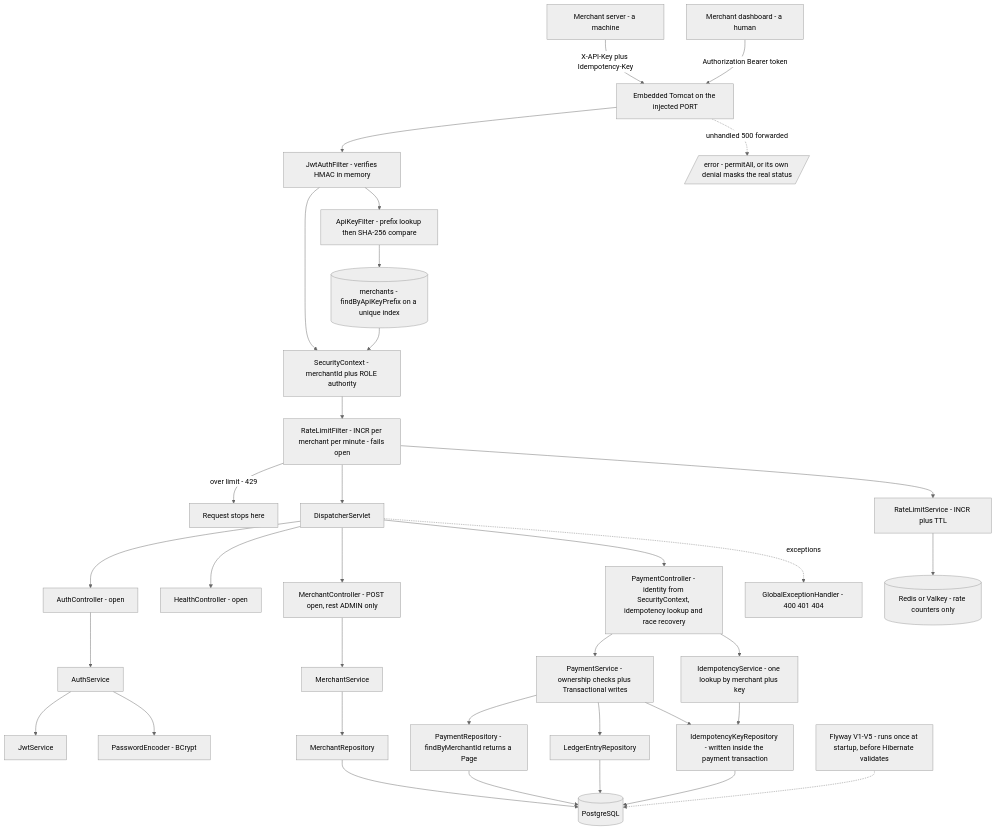
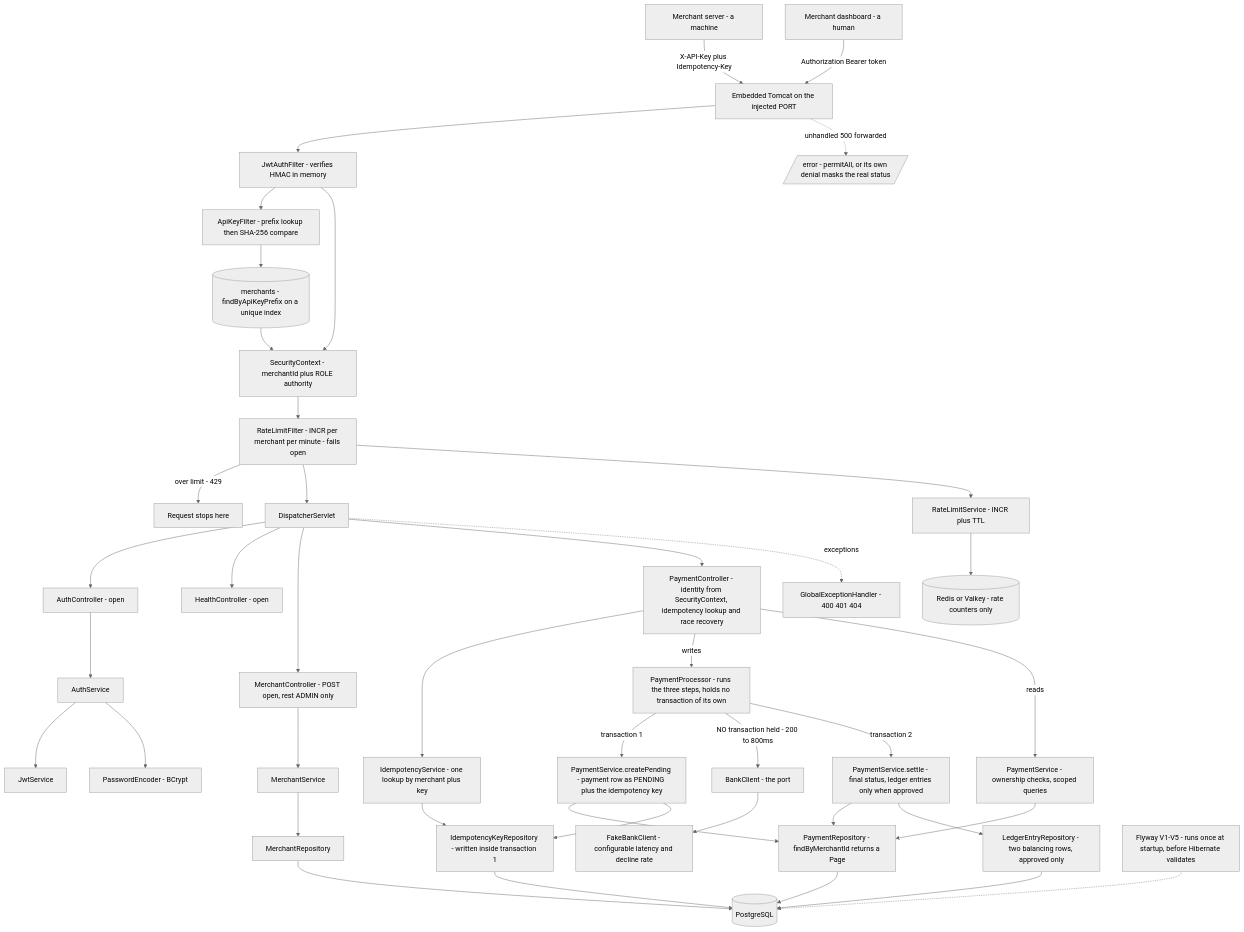
One commit to ARV0007/transakt changed the second of 3 diagrams in docs/architecture.md. Above: the diagram before and after it, drawn with Mermaid (neutral theme). The commit also changed other lines of this file and 9 other files, not shown here.

`````diff
--- a/docs/architecture.md
+++ b/docs/architecture.md
@@ -27,39 +27,46 @@
-```mermaid
+````mermaid
 flowchart TD
   server[Merchant server - a machine]
   human[Merchant dashboard - a human]
   server -->|X-API-Key plus Idempotency-Key| tomcat[Embedded Tomcat on the injected PORT]
   human -->|Authorization Bearer token| tomcat
   tomcat --> jaf[JwtAuthFilter - verifies HMAC in memory]
   jaf --> akf[ApiKeyFilter - prefix lookup then SHA-256 compare]
   akf --> lookup[(merchants - findByApiKeyPrefix on a unique index)]
   jaf --> ctx[SecurityContext - merchantId plus ROLE authority]
   lookup --> ctx
   ctx --> rlf[RateLimitFilter - INCR per merchant per minute - fails open]
   rlf -->|over limit - 429| reject[Request stops here]
   rlf --> dispatcher[DispatcherServlet]
   dispatcher --> ac[AuthController - open]
   dispatcher --> health[HealthController - open]
   dispatcher --> mc[MerchantController - POST open, rest ADMIN only]
   dispatcher --> pc[PaymentController - identity from SecurityContext, idempotency lookup and race recovery]
   dispatcher -.->|exceptions| geh[GlobalExceptionHandler - 400 401 404]
   tomcat -.->|unhandled 500 forwarded| err[/error - permitAll, or its own denial masks the real status/]
   pc --> idem[IdempotencyService - one lookup by merchant plus key]
+  pc -->|writes| proc[PaymentProcessor - runs the three steps, holds no transaction of its own]
+  pc -->|reads| ps[PaymentService - ownership checks, scoped queries]
+  proc -->|transaction 1| pend[PaymentService.createPending - payment row as PENDING plus the idempotency key]
+  proc -->|NO transaction held - 200 to 800ms| bank[BankClient - the port]
+  bank --> fake[FakeBankClient - configurable latency and decline rate]
+  proc -->|transaction 2| settle[PaymentService.settle - final status, ledger entries only when approved]
   rlf --> rate[RateLimitService - INCR plus TTL]
   rate --> redis[(Redis or Valkey - rate counters only)]
   ac --> as[AuthService]
   as --> js[JwtService]
   as --> pe[PasswordEncoder - BCrypt]
   mc --> ms[MerchantService]
-  pc --> ps[PaymentService - ownership checks plus Transactional writes]
   ms --> mr[MerchantRepository]
   ps --> pr[PaymentRepository - findByMerchantId returns a Page]
-  ps --> lr[LedgerEntryRepository]
-  ps --> ikr[IdempotencyKeyRepository - written inside the payment transaction]
+  pend --> pr
+  pend --> ikr[IdempotencyKeyRepository - written inside transaction 1]
+  settle --> pr
+  settle --> lr[LedgerEntryRepository - two balancing rows, approved only]
   idem --> ikr
   mr --> db[(PostgreSQL)]
   pr --> db
   lr --> db
   ikr --> db
   flyway[Flyway V1-V5 - runs once at startup, before Hibernate validates] -.-> db
-```
+````
`````
